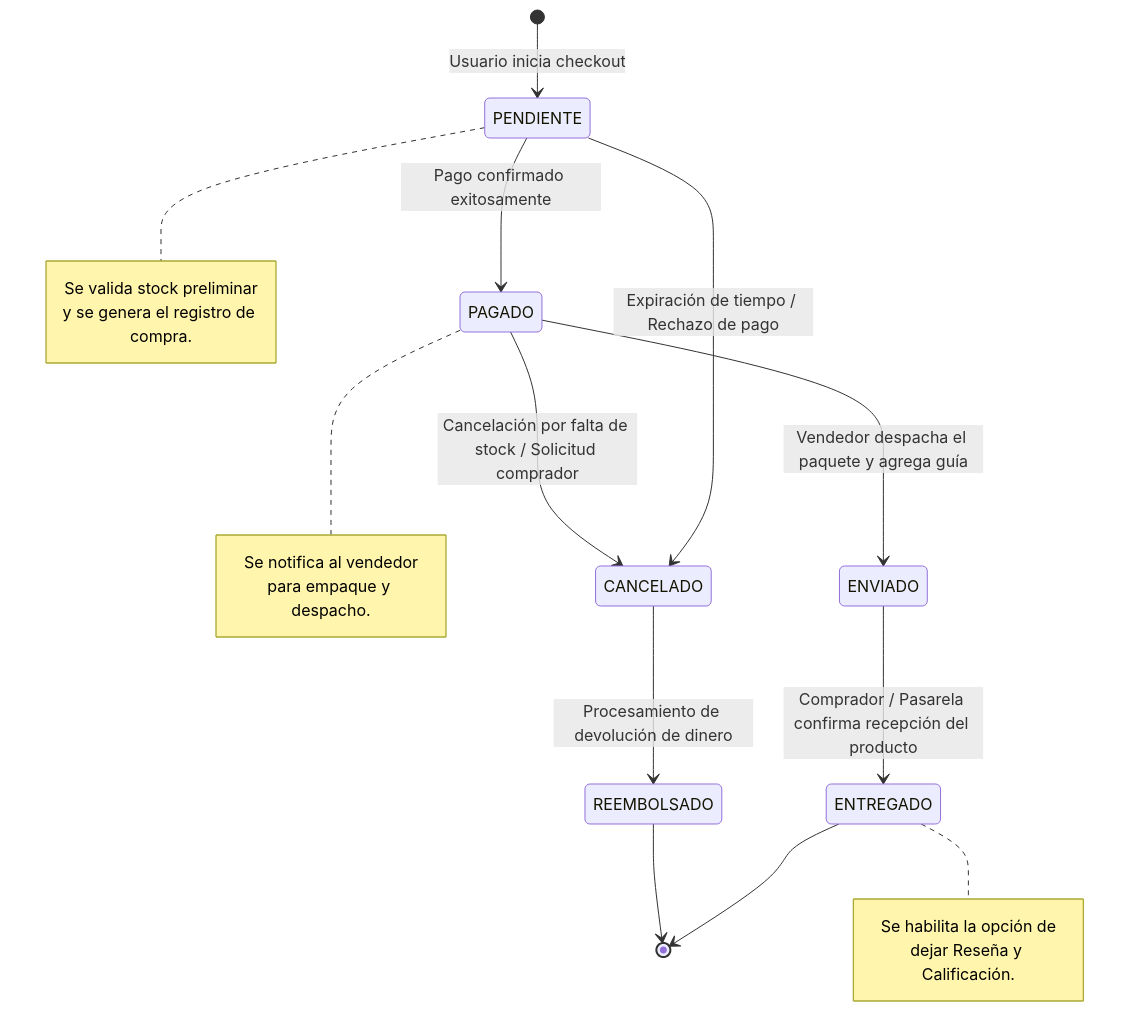
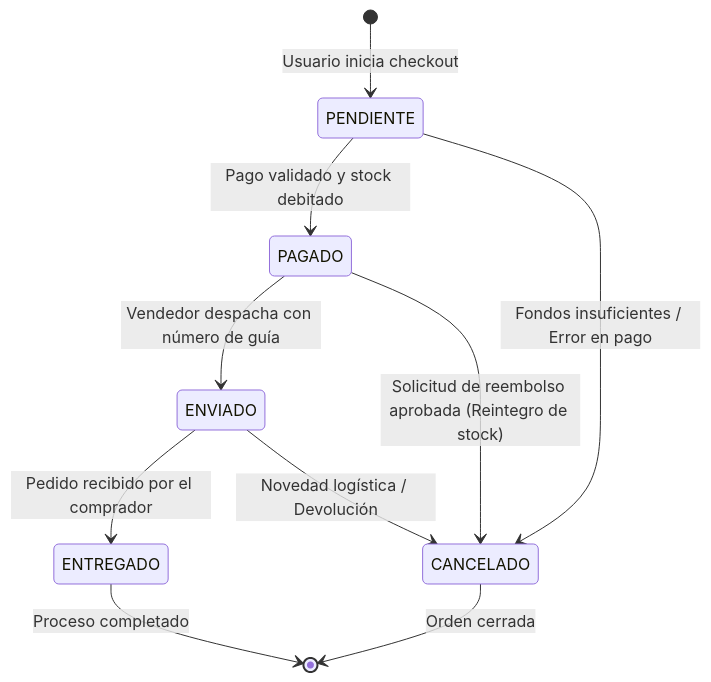
The eighth of 9 diagrams in docs/UML_DIAGRAMS.md (valerypena/proyectosena), drawn with Mermaid before and after one commit. The commit also changed other lines of this file and 10 other files, not shown here.

````diff
--- a/docs/UML_DIAGRAMS.md
+++ b/docs/UML_DIAGRAMS.md
@@ -511,32 +469,16 @@
 ```mermaid
 stateDiagram-v2
     [*] --> PENDIENTE : Usuario inicia checkout
-
-    PENDIENTE --> PAGADO : Pago confirmado exitosamente
-    PENDIENTE --> CANCELADO : Expiración de tiempo / Rechazo de pago
-
-    PAGADO --> ENVIADO : Vendedor despacha el paquete y agrega guía
-    PAGADO --> CANCELADO : Cancelación por falta de stock / Solicitud comprador
-
-    ENVIADO --> ENTREGADO : Comprador / Pasarela confirma recepción del producto
-
-    CANCELADO --> REEMBOLSADO : Procesamiento de devolución de dinero
-
-    ENTREGADO --> [*]
-    REEMBOLSADO --> [*]
-
-    note right of PENDIENTE
-        Se valida stock preliminar
-        y se genera el registro de compra.
-    end note
-
-    note right of PAGADO
-        Se notifica al vendedor
-        para empaque y despacho.
-    end note
-
-    note right of ENTREGADO
-        Se habilita la opción de
-        dejar Reseña y Calificación.
-    end note
+    
+    PENDIENTE --> PAGADO : Pago validado y stock debitado
+    PENDIENTE --> CANCELADO : Fondos insuficientes / Error en pago
+    
+    PAGADO --> ENVIADO : Vendedor despacha con número de guía
+    PAGADO --> CANCELADO : Solicitud de reembolso aprobada (Reintegro de stock)
+    
+    ENVIADO --> ENTREGADO : Pedido recibido por el comprador
+    ENVIADO --> CANCELADO : Novedad logística / Devolución
+    
+    ENTREGADO --> [*] : Proceso completado
+    CANCELADO --> [*] : Orden cerrada
 ```
````
